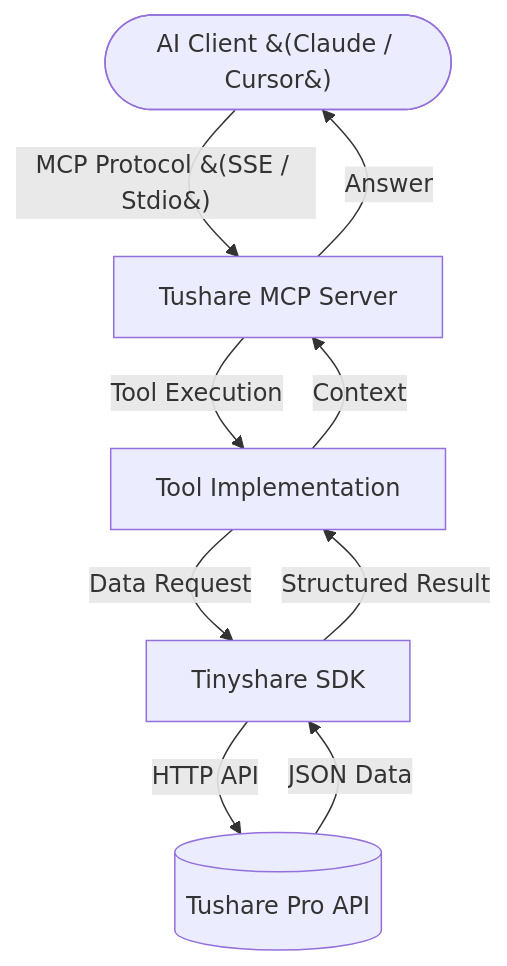
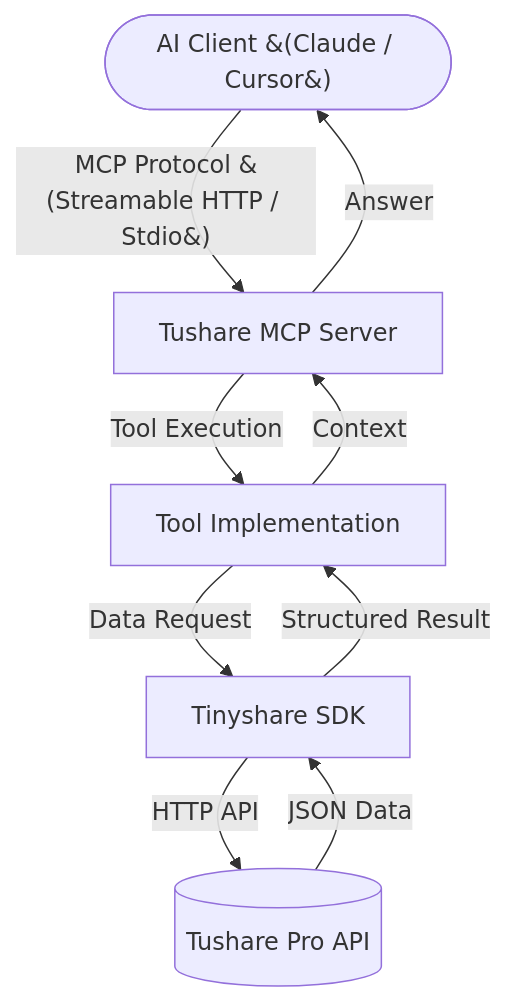
The diagram in README.md (buuzzy/tushare_MCP), drawn with Mermaid before and after one commit. The commit also changed other lines of this file, not shown here.

Commit message:
docs: update README from SSE to Streamable HTTP

````diff
--- a/README.md
+++ b/README.md
@@ -69,11 +69,11 @@
 ```mermaid
 graph TD
-    Client(["AI Client &#40;Claude / Cursor&#41;"]) -->|MCP Protocol &#40;SSE / Stdio&#41;| MCPServer[Tushare MCP Server]
+    Client(["AI Client &#40;Claude / Cursor&#41;"]) -->|MCP Protocol &#40;Streamable HTTP / Stdio&#41;| MCPServer[Tushare MCP Server]
     MCPServer -->|Tool Execution| Tools[Tool Implementation]
     Tools -->|Data Request| SDK[Tinyshare SDK]
     SDK -->|HTTP API| Tushare[("Tushare Pro API")]
     Tushare -->|JSON Data| SDK
     SDK -->|Structured Result| Tools
     Tools -->|Context| MCPServer
     MCPServer -->|Answer| Client
 ```
````
